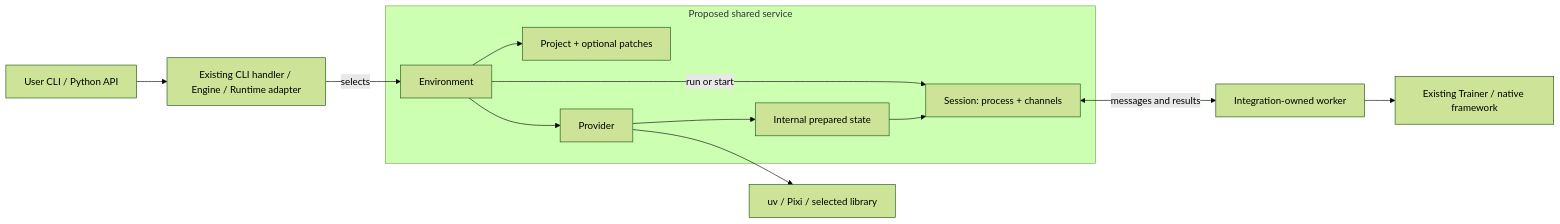
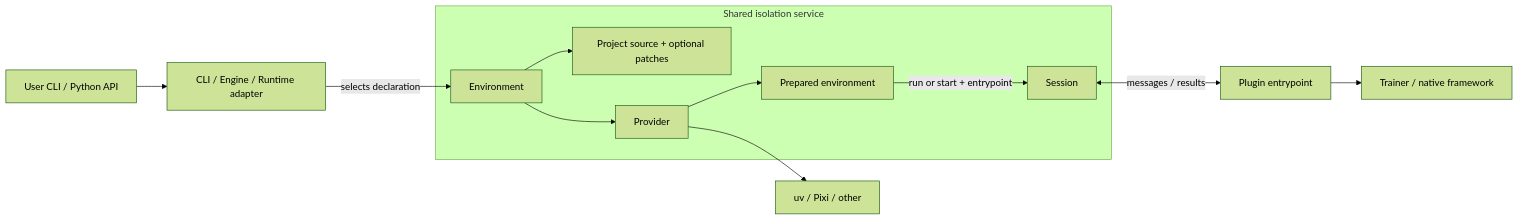
Before and after one commit to samet-akcay/physicalai: the diagram in docs/development/design/shared-environments.md, drawn with Mermaid (forest theme). The commit also changed other lines of this file and 1 other file, not shown here.

Commit message:
re-write shared isolation

````diff
--- a/docs/development/design/shared-environments.md
+++ b/docs/development/design/shared-environments.md
@@ -155,15 +121,14 @@
 ```mermaid
 flowchart LR
-    User["User CLI / Python API"] --> Consumer["Existing CLI handler / Engine / Runtime adapter"]
-    Consumer -->|selects| Env["Environment"]
-    subgraph Shared["Proposed shared service"]
-        Env --> Source["Project + optional patches"]
+    User["User CLI / Python API"] --> Consumer["CLI / Engine / Runtime adapter"]
+    Consumer -->|selects declaration| Env["Environment"]
+    subgraph Shared["Shared isolation service"]
+        Env --> Source["Project source + optional patches"]
         Env --> Provider["Provider"]
-        Provider --> Prepared["Internal prepared state"]
-        Env -->|run or start| Session["Session: process + channels"]
-        Prepared --> Session
+        Provider --> Prepared["Prepared environment"]
+        Prepared -->|run or start + entrypoint| Session["Session"]
     end
-    Provider --> Tool["uv / Pixi / selected library"]
-    Session <-->|messages and results| Worker["Integration-owned worker"]
-    Worker --> Native["Existing Trainer / native framework"]
+    Provider --> Tool["uv / Pixi / other"]
+    Session <-->|messages / results| Worker["Plugin entrypoint"]
+    Worker --> Native["Trainer / native framework"]
 ```
````
